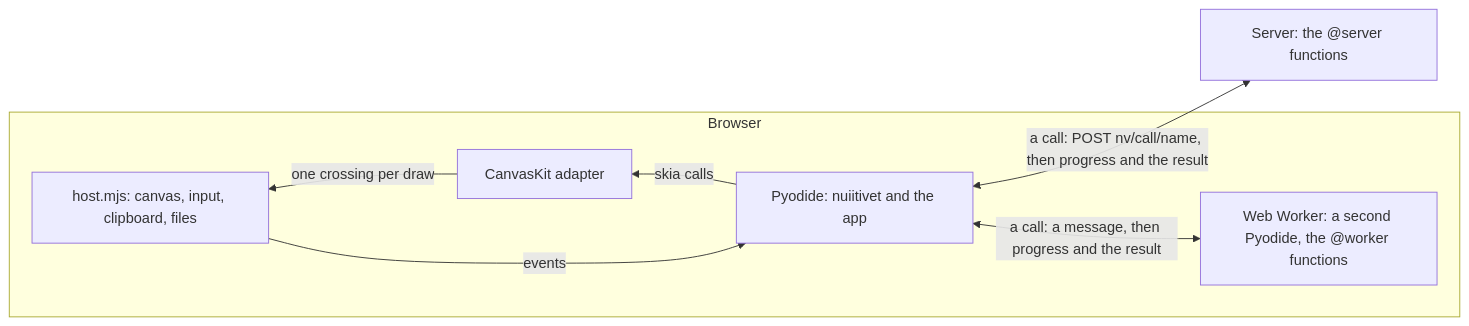
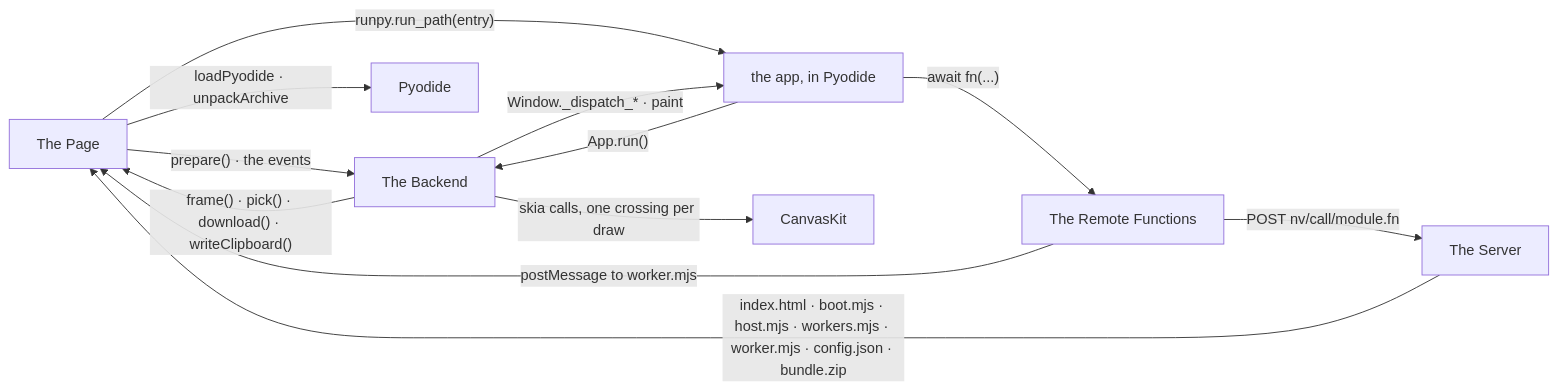
Before and after one commit to yuksblog/nuiitivet: the first of 11 diagrams in docs/design/WEB_TARGET.md, drawn with Mermaid. The commit also changed other lines of this file and 35 other files, not shown here.

````diff
--- a/docs/design/WEB_TARGET.md
+++ b/docs/design/WEB_TARGET.md
@@ -16,15 +15,22 @@
 ```mermaid
-flowchart RL
-    server[Server: the @server functions]
-    subgraph browser [Browser]
-        worker[Web Worker: a second Pyodide, the @worker functions]
-        py[Pyodide: nuiitivet and the app]
-        adapter[CanvasKit adapter]
-        host[host.mjs: canvas, input, clipboard, files]
-    end
-    server <-- "a call: POST nv/call/name, then progress and the result" --> py
-    worker <-- "a call: a message, then progress and the result" --> py
-    py -- "skia calls" --> adapter
-    adapter -- "one crossing per draw" --> host
-    host -- "events" --> py
+flowchart LR
+    page[The Page]
+    backend[The Backend]
+    remote[The Remote Functions]
+    server[The Server]
+    app[the app, in Pyodide]
+    pyodide[Pyodide]
+    canvaskit[CanvasKit]
+
+    server -- "index.html · boot.mjs · host.mjs · workers.mjs · worker.mjs · config.json · bundle.zip" --> page
+    page -- "prepare() · the events" --> backend
+    page -- "runpy.run_path(entry)" --> app
+    app -- "App.run()" --> backend
+    backend -- "frame() · pick() · download() · writeClipboard()" --> page
+    backend -- "Window._dispatch_* · paint" --> app
+    backend -- "skia calls, one crossing per draw" --> canvaskit
+    page -- "loadPyodide · unpackArchive" --> pyodide
+    app -- "await fn(...)" --> remote
+    remote -- "postMessage to worker.mjs" --> page
+    remote -- "POST nv/call/module.fn" --> server
 ```
````
